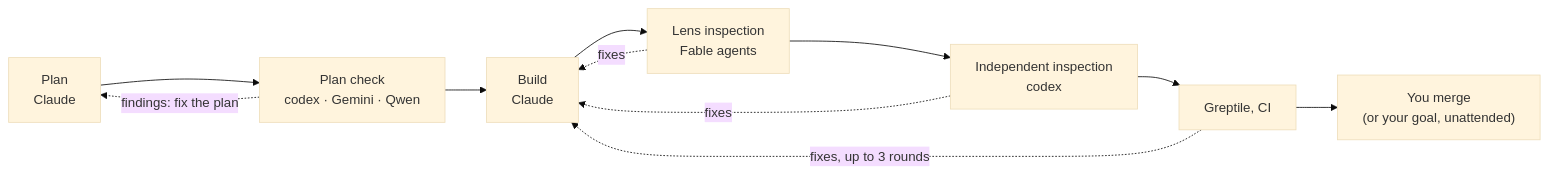
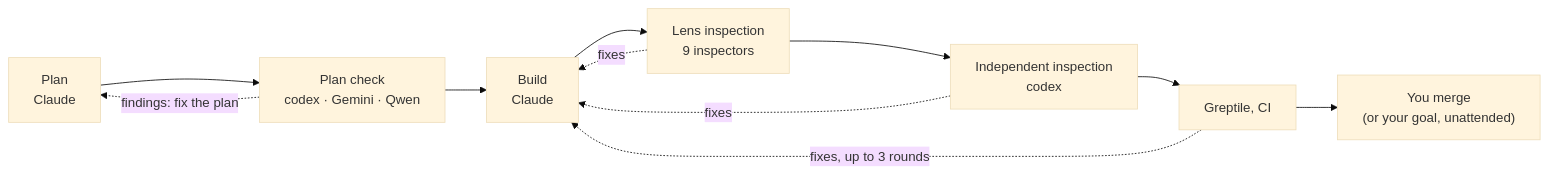
One commit to kaithoughtarchitect/toppingout changed the first of 3 diagrams in README.md. Above: the diagram before and after it, drawn with Mermaid (base theme). The commit also changed other lines of this file and 24 other files, not shown here.

````diff
--- a/README.md
+++ b/README.md
@@ -104,8 +190,8 @@
 ```mermaid
 flowchart LR
-  P["Plan<br/>Claude"] --> C["Plan check<br/>codex · Gemini · Qwen"] --> B["Build<br/>Claude"] --> L["Lens inspection<br/>Fable agents"] --> I["Independent inspection<br/>codex"] --> G["Greptile, CI"] --> M["You merge<br/>(or your goal, unattended)"]
+  P["Plan<br/>Claude"] --> C["Plan check<br/>codex · Gemini · Qwen"] --> B["Build<br/>Claude"] --> L["Lens inspection<br/>9 inspectors"] --> I["Independent inspection<br/>codex"] --> G["Greptile, CI"] --> M["You merge<br/>(or your goal, unattended)"]
   C -. "findings: fix the plan" .-> P
   L -. "fixes" .-> B
   I -. "fixes" .-> B
   G -. "fixes, up to 3 rounds" .-> B
 ```
````
